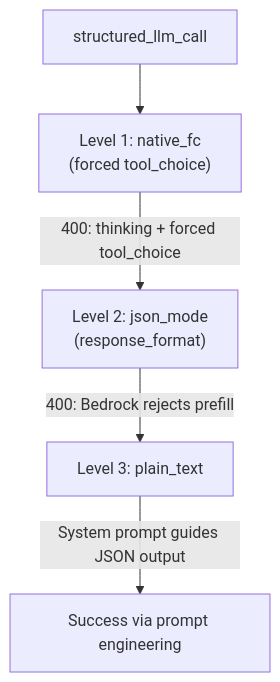
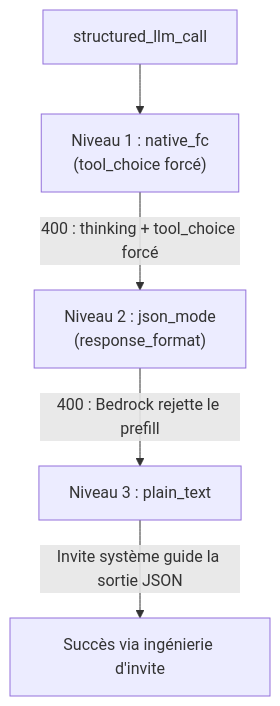
One commit to lucky20160622/fim-one changed the third of 3 diagrams in docs/fr/architecture/llm-provider-guide.mdx. Above: the diagram before and after it, drawn with Mermaid. The commit also changed other lines of this file and 141 other files, not shown here.

````diff
--- a/docs/fr/architecture/llm-provider-guide.mdx
+++ b/docs/fr/architecture/llm-provider-guide.mdx
@@ -102,7 +114,7 @@
 ```mermaid
 flowchart TD
-    S["structured_llm_call"] --> FC["Level 1: native_fc<br/>(forced tool_choice)"]
-    FC -->|"400: thinking + forced tool_choice"| JM["Level 2: json_mode<br/>(response_format)"]
-    JM -->|"400: Bedrock rejects prefill"| PT["Level 3: plain_text"]
-    PT -->|"System prompt guides JSON output"| OK["Success via prompt engineering"]
+    S["structured_llm_call"] --> FC["Niveau 1 : native_fc<br/>(tool_choice forcé)"]
+    FC -->|"400 : thinking + tool_choice forcé"| JM["Niveau 2 : json_mode<br/>(response_format)"]
+    JM -->|"400 : Bedrock rejette le prefill"| PT["Niveau 3 : plain_text"]
+    PT -->|"Invite système guide la sortie JSON"| OK["Succès via ingénierie d'invite"]
 ```
````
